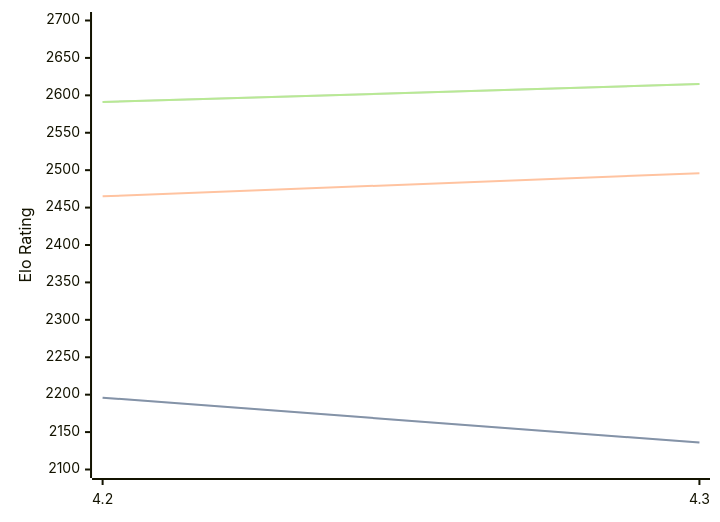
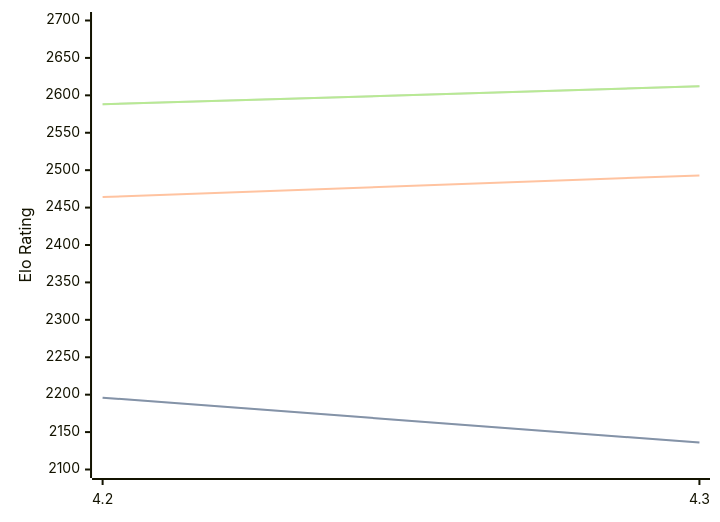
One commit to computer-chess-index/cci changed the diagram in engines/Eubos.md. Above: the diagram before and after it, drawn with Mermaid. The commit also changed other lines of this file, not shown here.

Commit message:
Update CCI Ratings (ELO VLTC) - 2026-04-23

````diff
--- a/engines/Eubos.md
+++ b/engines/Eubos.md
@@ -88,11 +88,11 @@
 ```mermaid
 %%{init: {"theme":"base","themeVariables":{"seriesColors:['#a3a3a3','#222221','#faa371']}}}%%
 xychart-beta
   x-axis ["4.2", "4.3"]
   y-axis "Elo Rating" 2100 --> 2700
   line "STC (8.0+0.08s)" [2196, 2136]
   line "STC (8.0+0.08s)" [2196, 2136]
-  line "LTC (60.0+0.60s)" [2465, 2496]
-  line "VLTC (2m24s+1.12s)" [2591, 2615]
-  line "VLTC (2m24s+1.12s)" [2591, 2615]
+  line "LTC (60.0+0.60s)" [2464, 2493]
+  line "VLTC (2m24s+1.12s)" [2588, 2612]
+  line "VLTC (2m24s+1.12s)" [2588, 2612]
 ```
````
